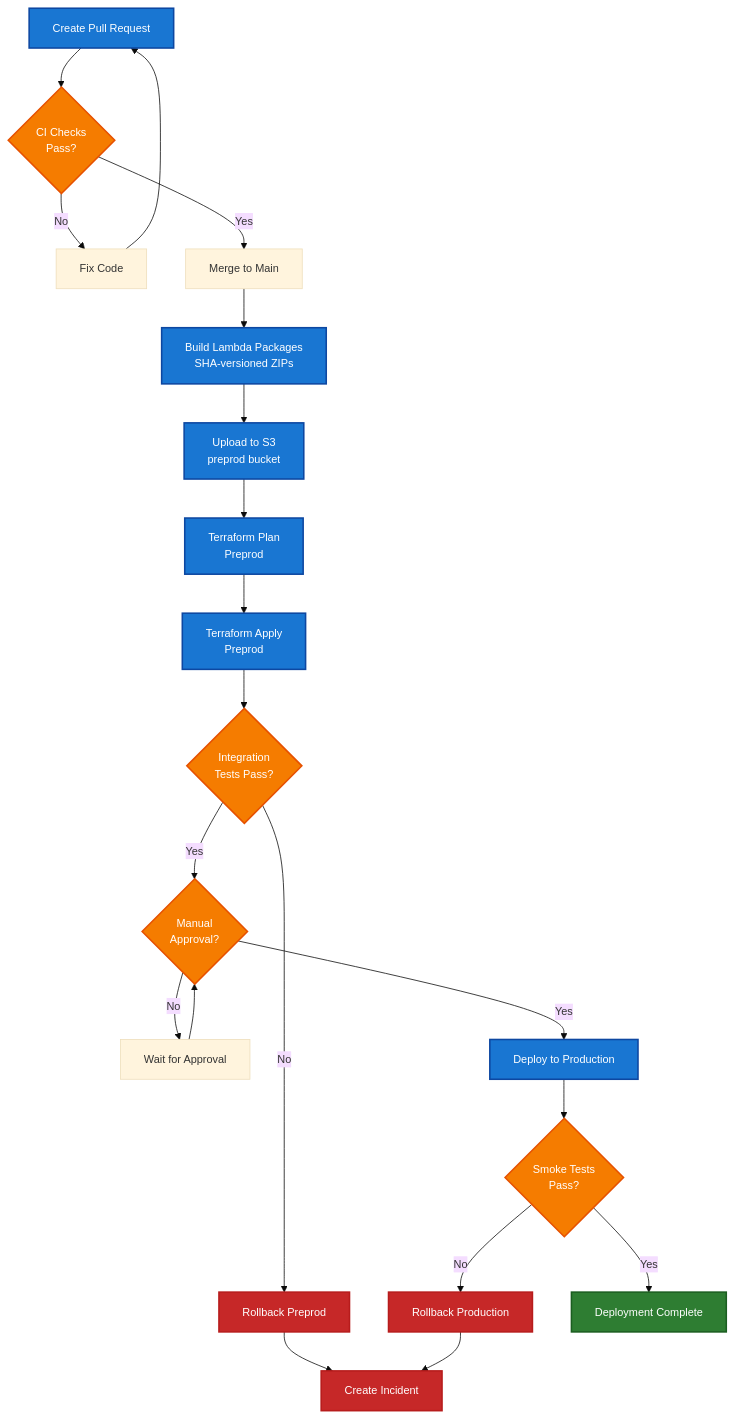
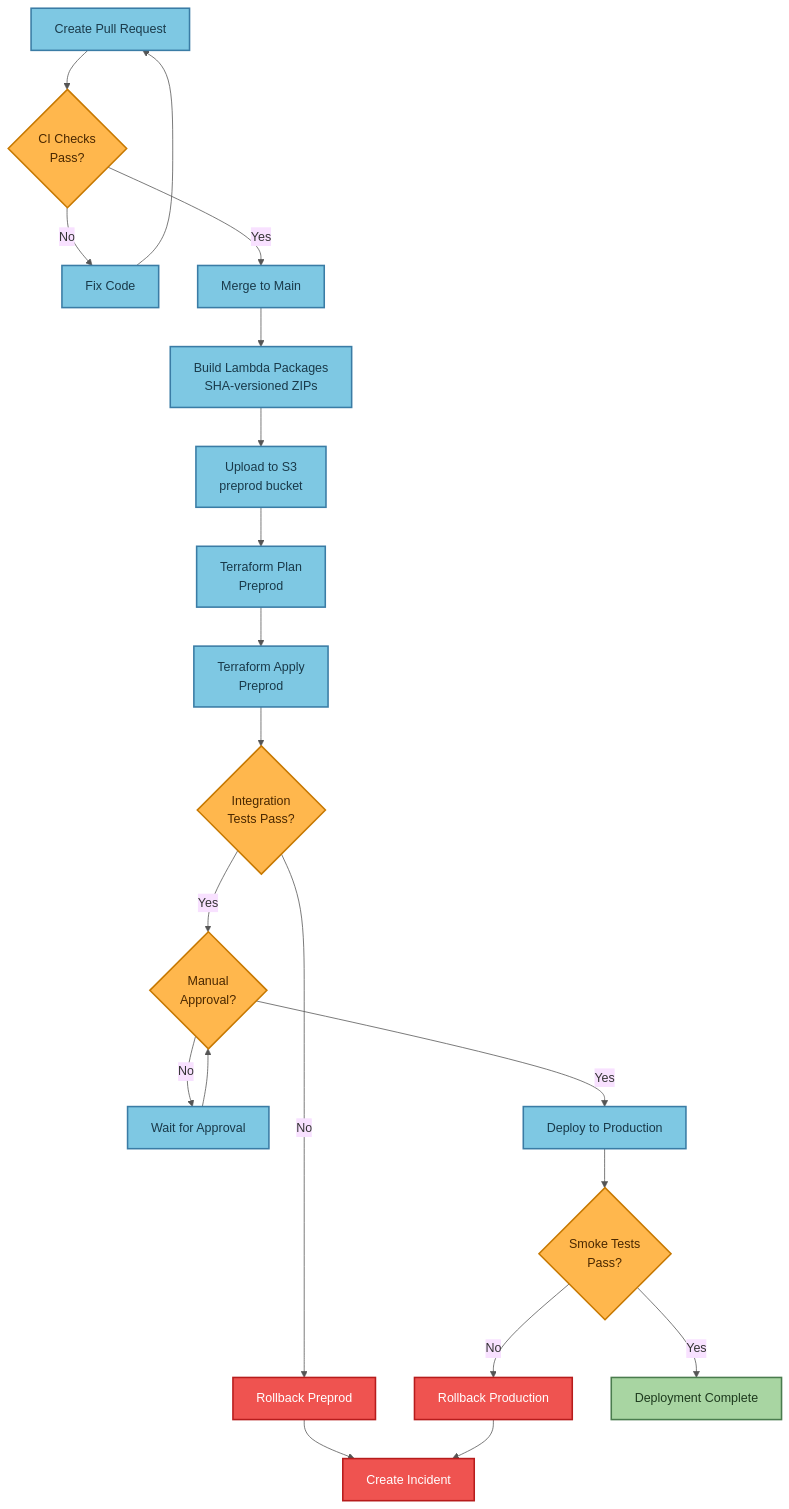
One commit to traylorre/sentiment-analyzer-gsk changed the third of 10 diagrams in docs/OPERATIONAL_FLOWS.md. Above: the diagram before and after it, drawn with Mermaid. The commit also changed other lines of this file and 3 other files, not shown here.

First line of the commit message:
docs: Update mermaid diagrams with better contrast colors

````diff
--- a/docs/OPERATIONAL_FLOWS.md
+++ b/docs/OPERATIONAL_FLOWS.md
@@ -150,33 +150,33 @@
 ```mermaid
-%%{init: {'theme':'base', 'themeVariables': {'fontSize':'14px'}}}%%
+%%{init: {'theme':'base', 'themeVariables': {'primaryColor':'#fff8e1', 'primaryTextColor':'#333', 'primaryBorderColor':'#c9a227', 'lineColor':'#555'}}}%%
 flowchart TD
     PR[Create Pull Request] --> CIChecks{CI Checks<br/>Pass?}
     CIChecks -->|No| FixCode[Fix Code]
     FixCode --> PR
     CIChecks -->|Yes| Merge[Merge to Main]
     Merge --> BuildPackages[Build Lambda Packages<br/>SHA-versioned ZIPs]
     BuildPackages --> UploadS3[Upload to S3<br/>preprod bucket]
     UploadS3 --> TerraformPlan[Terraform Plan<br/>Preprod]
     TerraformPlan --> ApplyPreprod[Terraform Apply<br/>Preprod]
     ApplyPreprod --> IntegrationTests{Integration<br/>Tests Pass?}
     IntegrationTests -->|No| Rollback[Rollback Preprod]
     Rollback --> IncidentResponse[Create Incident]
     IntegrationTests -->|Yes| ManualGate{Manual<br/>Approval?}
     ManualGate -->|No| WaitApproval[Wait for Approval]
     WaitApproval --> ManualGate
     ManualGate -->|Yes| DeployProd[Deploy to Production]
     DeployProd --> SmokeTests{Smoke Tests<br/>Pass?}
     SmokeTests -->|No| RollbackProd[Rollback Production]
     RollbackProd --> IncidentResponse
     SmokeTests -->|Yes| Complete[Deployment Complete]
 
-    classDef cicd fill:#1976d2,stroke:#0d47a1,stroke-width:2px,color:#fff
-    classDef decision fill:#f57c00,stroke:#e65100,stroke-width:2px,color:#fff
-    classDef danger fill:#c62828,stroke:#b71c1c,stroke-width:2px,color:#fff
-    classDef success fill:#2e7d32,stroke:#1b5e20,stroke-width:2px,color:#fff
+    classDef cicdNode fill:#7ec8e3,stroke:#3a7ca5,stroke-width:2px,color:#1a3a4a
+    classDef decisionNode fill:#ffb74d,stroke:#c77800,stroke-width:2px,color:#4a2800
+    classDef dangerNode fill:#ef5350,stroke:#b71c1c,stroke-width:2px,color:#fff
+    classDef successNode fill:#a8d5a2,stroke:#4a7c4e,stroke-width:2px,color:#1e3a1e
 
-    class PR,BuildPackages,UploadS3,TerraformPlan,ApplyPreprod,DeployProd cicd
-    class CIChecks,IntegrationTests,ManualGate,SmokeTests decision
-    class Rollback,RollbackProd,IncidentResponse danger
-    class Complete success
+    class PR,BuildPackages,UploadS3,TerraformPlan,ApplyPreprod,DeployProd,Merge,FixCode,WaitApproval cicdNode
+    class CIChecks,IntegrationTests,ManualGate,SmokeTests decisionNode
+    class Rollback,RollbackProd,IncidentResponse dangerNode
+    class Complete successNode
 ```
````
